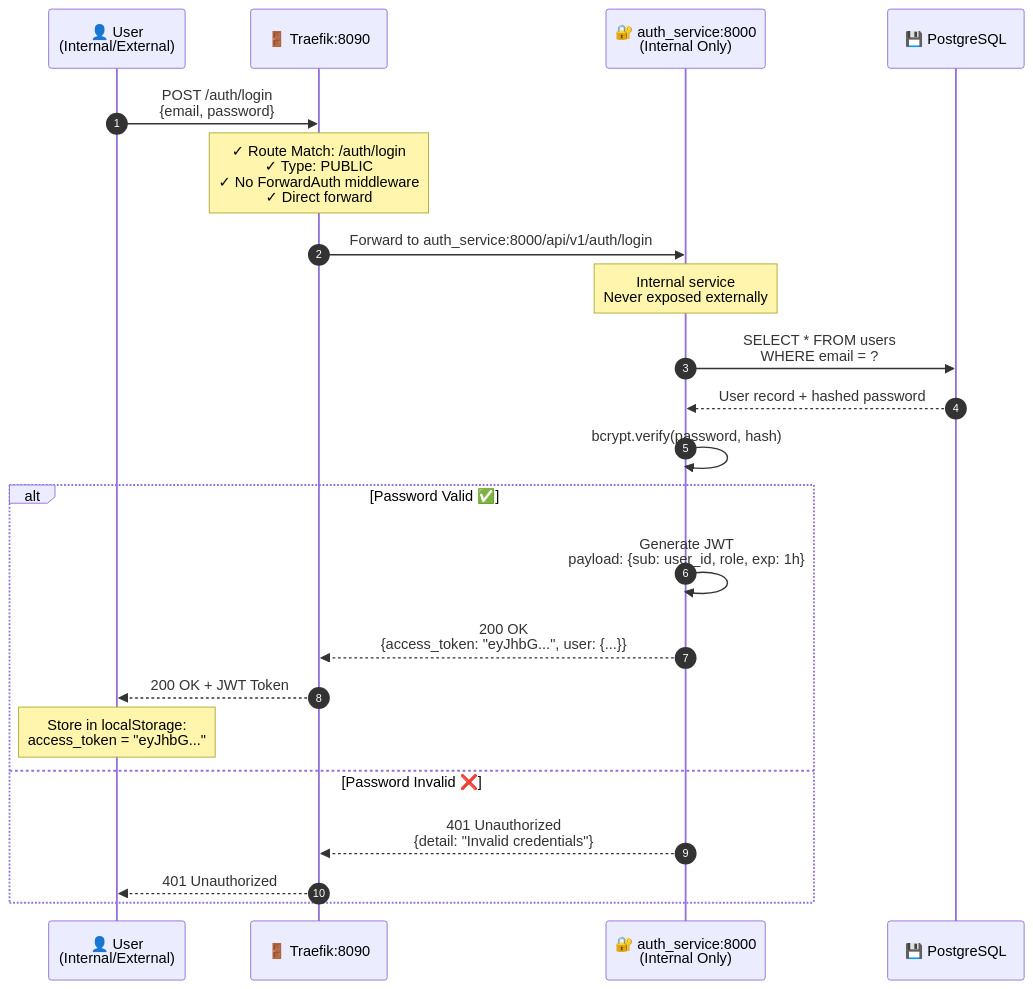
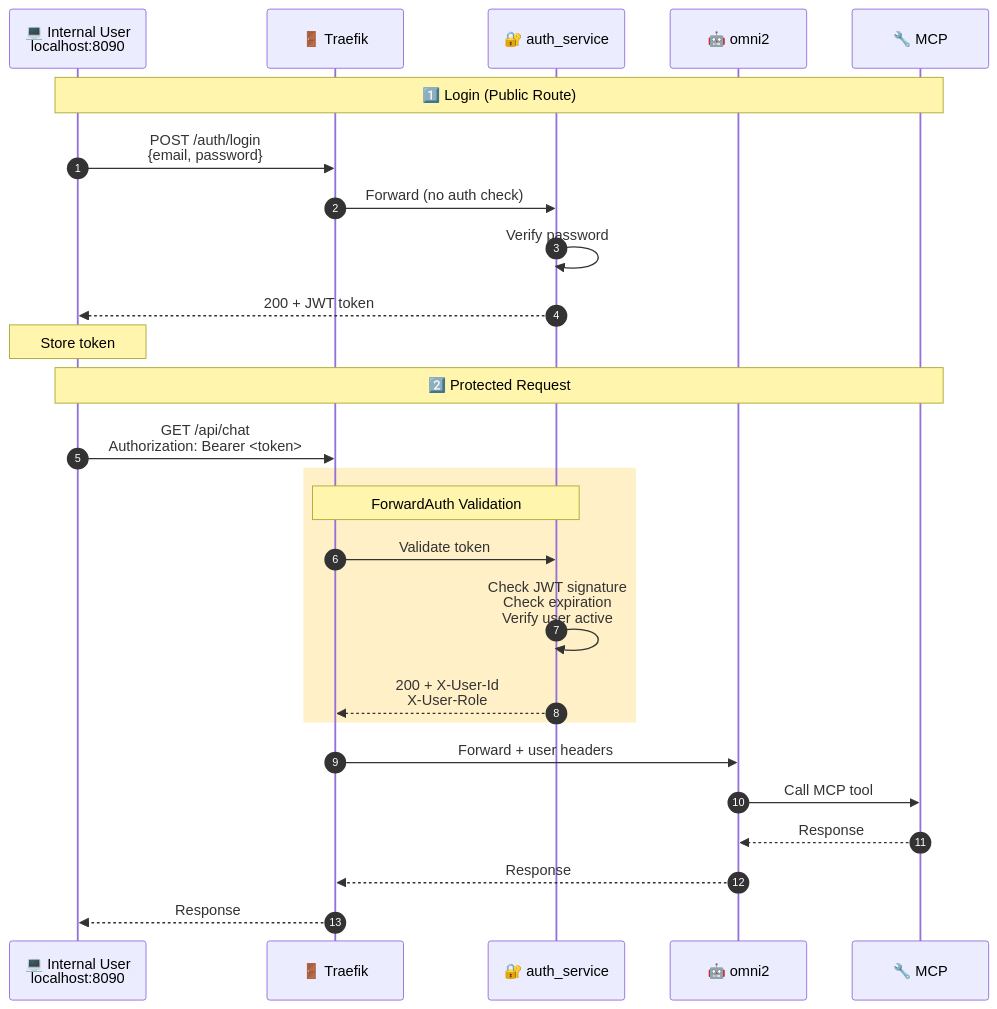
The second of 3 diagrams in README.md (aviciot/omni2-bridge), drawn with Mermaid before and after one commit. The commit also changed other lines of this file, not shown here.

Commit message:
Simplify architecture: separate internal/external flows, cleaner diagrams

````diff
--- a/README.md
+++ b/README.md
@@ -228,26 +196,32 @@
 ```mermaid
 sequenceDiagram
     autonumber
-    participant U as 👤 User<br/>(Internal/External)
-    participant T as 🚪 Traefik:8090
-    participant A as 🔐 auth_service:8000<br/>(Internal Only)
-    participant DB as 💾 PostgreSQL
+    participant U as 💻 Internal User<br/>localhost:8090
+    participant T as 🚪 Traefik
+    participant A as 🔐 auth_service
+    participant O as 🤖 omni2
+    participant M as 🔧 MCP
 
+    Note over U,M: 1️⃣ Login (Public Route)
     U->>T: POST /auth/login<br/>{email, password}
-    Note over T: ✓ Route Match: /auth/login<br/>✓ Type: PUBLIC<br/>✓ No ForwardAuth middleware<br/>✓ Direct forward
-    T->>A: Forward to auth_service:8000/api/v1/auth/login
-    Note over A: Internal service<br/>Never exposed externally
-    A->>DB: SELECT * FROM users<br/>WHERE email = ?
-    DB-->>A: User record + hashed password
-    A->>A: bcrypt.verify(password, hash)
+    T->>A: Forward (no auth check)
+    A->>A: Verify password
+    A-->>U: 200 + JWT token
+    Note over U: Store token
+
+    Note over U,M: 2️⃣ Protected Request
+    U->>T: GET /api/chat<br/>Authorization: Bearer <token>
     
-    alt Password Valid ✅
-        A->>A: Generate JWT<br/>payload: {sub: user_id, role, exp: 1h}
-        A-->>T: 200 OK<br/>{access_token: "eyJhbG...", user: {...}}
-        T-->>U: 200 OK + JWT Token
-        Note over U: Store in localStorage:<br/>access_token = "eyJhbG..."
-    else Password Invalid ❌
-        A-->>T: 401 Unauthorized<br/>{detail: "Invalid credentials"}
-        T-->>U: 401 Unauthorized
+    rect rgb(255, 240, 200)
+        Note over T,A: ForwardAuth Validation
+        T->>A: Validate token
+        A->>A: Check JWT signature<br/>Check expiration<br/>Verify user active
+        A-->>T: 200 + X-User-Id<br/>X-User-Role
     end
+    
+    T->>O: Forward + user headers
+    O->>M: Call MCP tool
+    M-->>O: Response
+    O-->>T: Response
+    T-->>U: Response
 ```
````
